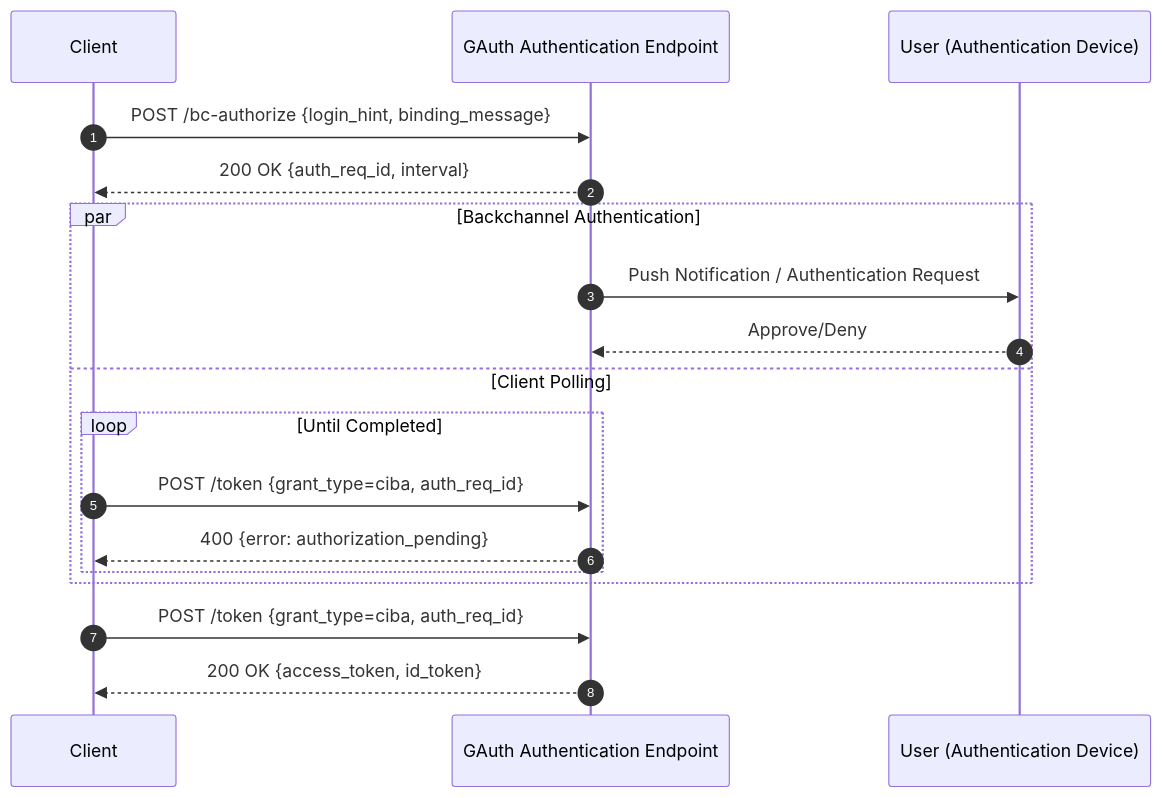
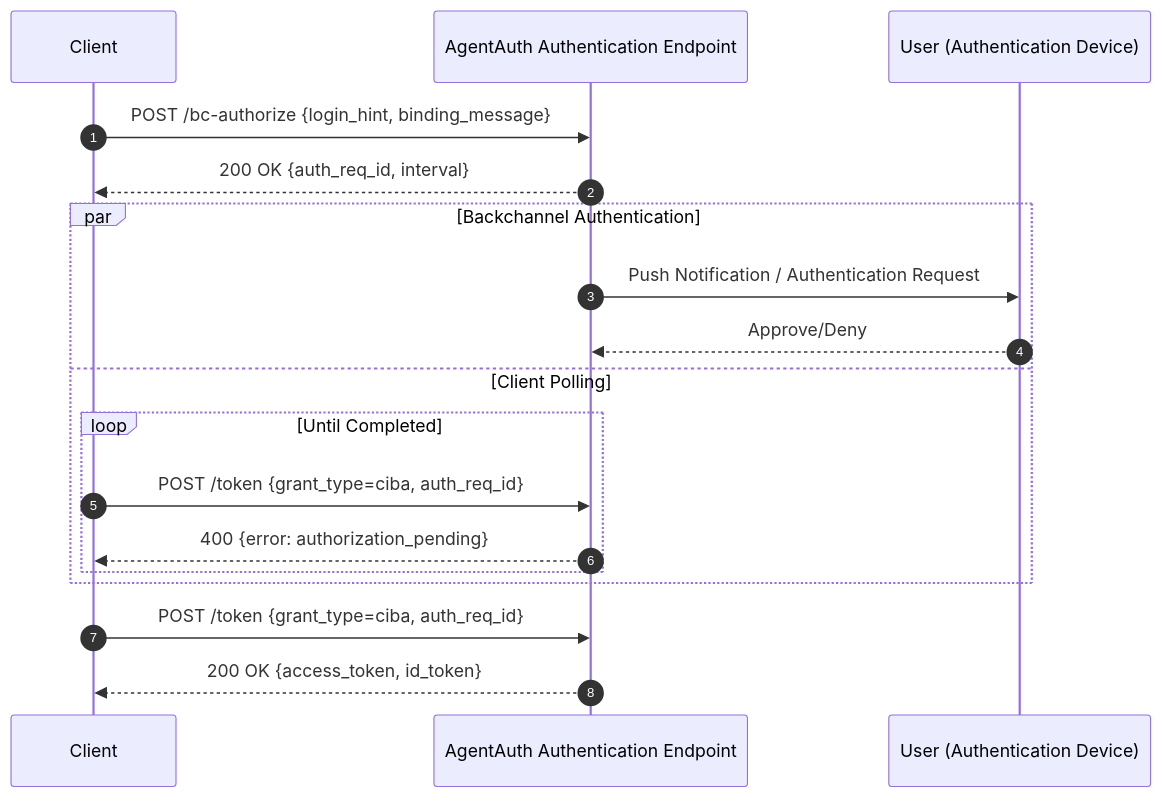
One commit to mauriciomferz/Gauth_go changed diagram 13 of 14 in docs/diagrams.md. Above: the diagram before and after it, drawn with Mermaid. The commit also changed other lines of this file and 1012 other files, not shown here.

Commit message:
legal: COMPLETE CLEAN ROOM SANITIZATION (Gimel -> AgentAuth)

````diff
--- a/docs/diagrams.md
+++ b/docs/diagrams.md
@@ -243,23 +243,23 @@
 ```mermaid
 sequenceDiagram
     autonumber
     participant Client
-    participant AS as GAuth Authentication Endpoint
+    participant AS as AgentAuth Authentication Endpoint
     participant User as User (Authentication Device)
     
     Client->>AS: POST /bc-authorize {login_hint, binding_message}
     AS-->>Client: 200 OK {auth_req_id, interval}
     
     par Backchannel Authentication
         AS->>User: Push Notification / Authentication Request
         User-->>AS: Approve/Deny
     and Client Polling
         loop Until Completed
             Client->>AS: POST /token {grant_type=ciba, auth_req_id}
             AS-->>Client: 400 {error: authorization_pending}
         end
     end
     
     Client->>AS: POST /token {grant_type=ciba, auth_req_id}
     AS-->>Client: 200 OK {access_token, id_token}
 ```
````
